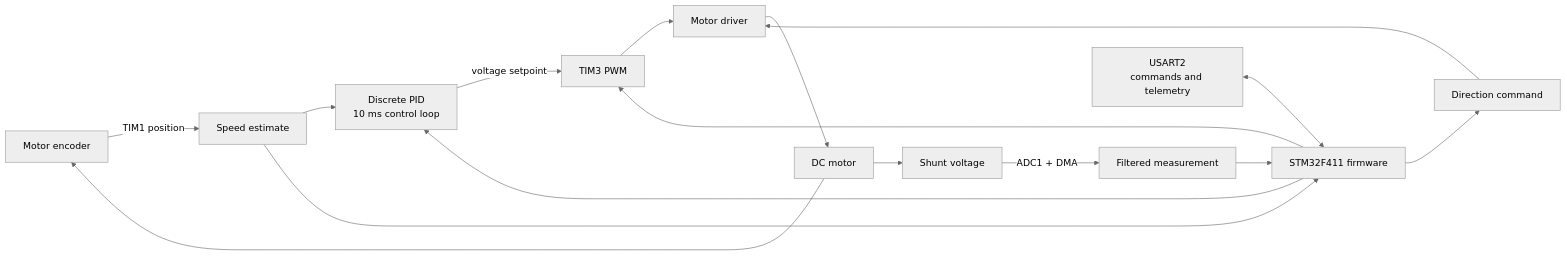
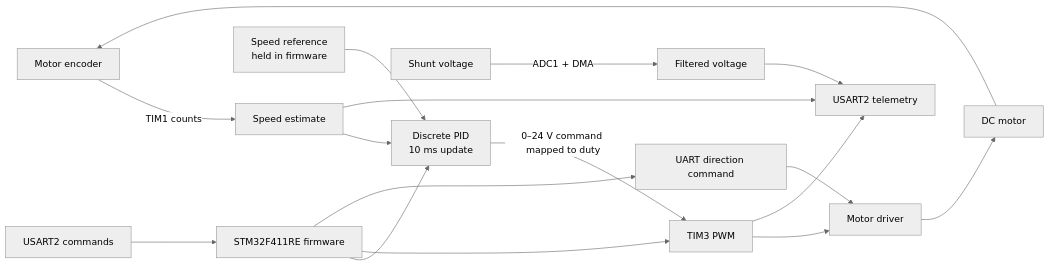
Before and after one commit to mlmdc/S7-stm32-ips: the diagram in README.md, drawn with Mermaid (neutral theme). The commit also changed other lines of this file, not shown here.

Commit message:
docs: clarify STM32 project README

````diff
--- a/README.md
+++ b/README.md
@@ -23,18 +34,19 @@
 ```mermaid
 flowchart LR
-    Encoder[Motor encoder] -->|TIM1 position| Speed[Speed estimate]
-    Shunt[Shunt voltage] -->|ADC1 + DMA| Current[Filtered measurement]
-    Speed --> PID[Discrete PID<br/>10 ms control loop]
-    PID -->|voltage setpoint| PWM[TIM3 PWM]
-    Direction[Direction command] --> Driver[Motor driver]
+    Encoder[Motor encoder] -->|TIM1 counts| Speed[Speed estimate]
+    Speed --> PID[Discrete PID<br/>10 ms update]
+    Reference[Speed reference<br/>held in firmware] --> PID
+    PID -->|0–24 V command mapped to duty| PWM[TIM3 PWM]
+    Direction[UART direction command] --> Driver[Motor driver]
     PWM --> Driver
     Driver --> Motor[DC motor]
     Motor --> Encoder
-    Motor --> Shunt
-    UART[USART2<br/>commands and telemetry] <--> Firmware[STM32F411 firmware]
-    Speed --> Firmware
-    Current --> Firmware
+    Shunt[Shunt voltage] -->|ADC1 + DMA| Filter[Filtered voltage]
+    Filter --> Telemetry[USART2 telemetry]
+    Speed --> Telemetry
+    PWM --> Telemetry
+    UART[USART2 commands] --> Firmware[STM32F411RE firmware]
     Firmware --> PID
     Firmware --> PWM
     Firmware --> Direction
 ```
````
